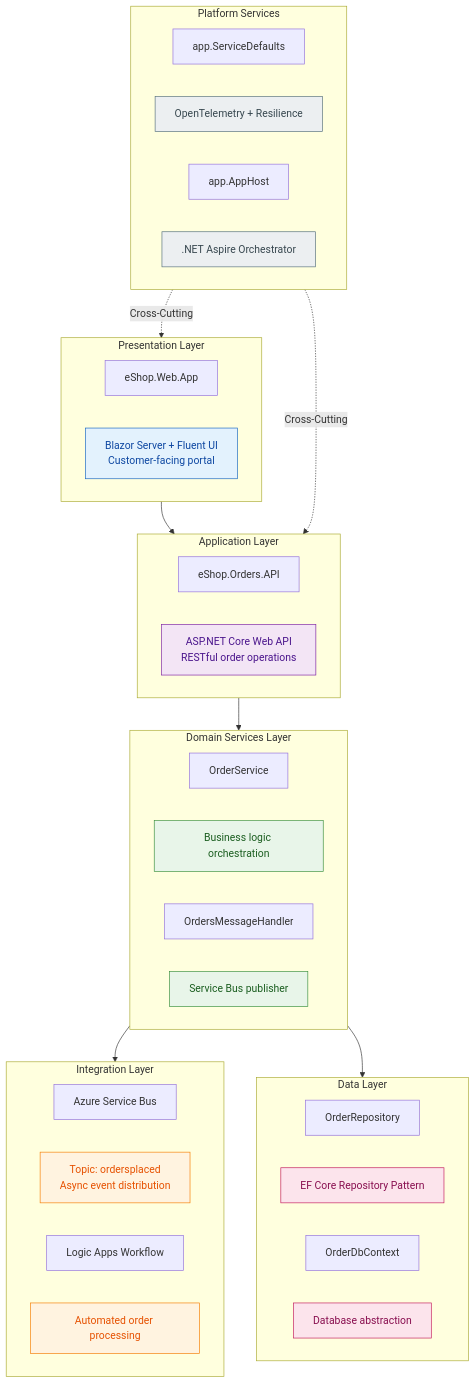
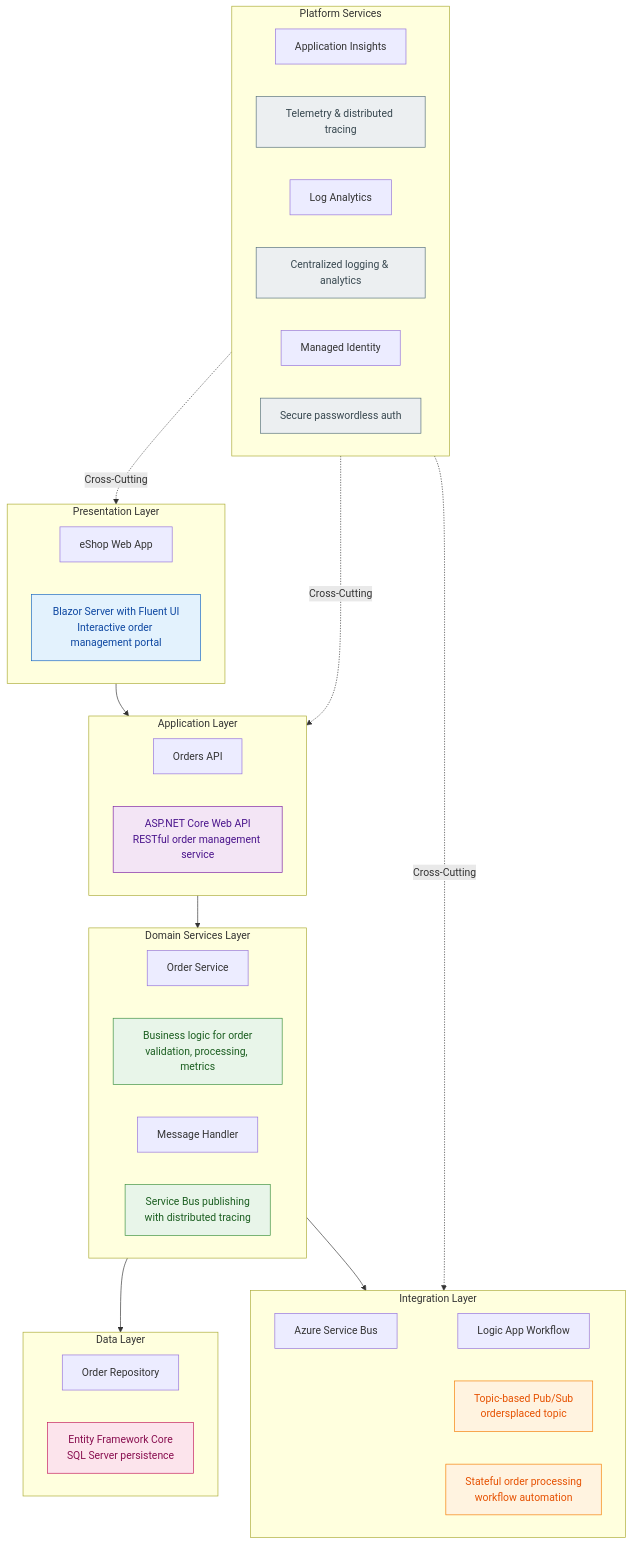
Before and after one commit to Evilazaro/Azure-LogicApps-Monitoring: the third of 11 diagrams in docs/SolutionArchitecture.md, drawn with Mermaid. The commit also changed other lines of this file, not shown here.

````diff
--- a/docs/SolutionArchitecture.md
+++ b/docs/SolutionArchitecture.md
@@ -125,66 +118,68 @@
 ```mermaid
 flowchart TB
     subgraph Presentation["Presentation Layer"]
         direction LR
-        P1["eShop.Web.App"]
-        P1_Desc["Blazor Server + Fluent UI<br/>Customer-facing portal"]
+        WebApp["eShop Web App"]
+        WebApp_Desc["Blazor Server with Fluent UI<br/>Interactive order management portal"]
     end
     
     subgraph Application["Application Layer"]
         direction LR
-        A1["eShop.Orders.API"]
-        A1_Desc["ASP.NET Core Web API<br/>RESTful order operations"]
+        OrdersAPI["Orders API"]
+        OrdersAPI_Desc["ASP.NET Core Web API<br/>RESTful order management service"]
     end
     
     subgraph Domain["Domain Services Layer"]
         direction LR
-        D1["OrderService"]
-        D1_Desc["Business logic orchestration"]
-        D2["OrdersMessageHandler"]
-        D2_Desc["Service Bus publisher"]
+        OrderSvc["Order Service"]
+        OrderSvc_Desc["Business logic for order<br/>validation, processing, metrics"]
+        MsgHandler["Message Handler"]
+        MsgHandler_Desc["Service Bus publishing<br/>with distributed tracing"]
     end
     
     subgraph Integration["Integration Layer"]
         direction LR
-        I1["Azure Service Bus"]
-        I1_Desc["Topic: ordersplaced<br/>Async event distribution"]
-        I2["Logic Apps Workflow"]
-        I2_Desc["Automated order processing"]
+        ServiceBus["Azure Service Bus"]
+        ServiceBus_Desc["Topic-based Pub/Sub<br/>ordersplaced topic"]
+        LogicApp["Logic App Workflow"]
+        LogicApp_Desc["Stateful order processing<br/>workflow automation"]
     end
     
     subgraph Data["Data Layer"]
         direction LR
-        DA1["OrderRepository"]
-        DA1_Desc["EF Core Repository Pattern"]
-        DA2["OrderDbContext"]
-        DA2_Desc["Database abstraction"]
+        OrderRepo["Order Repository"]
+        OrderRepo_Desc["Entity Framework Core<br/>SQL Server persistence"]
     end
     
     subgraph Platform["Platform Services"]
         direction LR
-        PS1["app.ServiceDefaults"]
-        PS1_Desc["OpenTelemetry + Resilience"]
-        PS2["app.AppHost"]
-        PS2_Desc[".NET Aspire Orchestrator"]
+        AppInsights["Application Insights"]
+        AppInsights_Desc["Telemetry & distributed tracing"]
+        LogAnalytics["Log Analytics"]
+        LogAnalytics_Desc["Centralized logging & analytics"]
+        Identity["Managed Identity"]
+        Identity_Desc["Secure passwordless auth"]
     end
     
-    %% Layer connections (high-level flow)
+    %% Layer connections
     Presentation --> Application
     Application --> Domain
     Domain --> Integration
     Domain --> Data
+    Integration --> LogicApp
     Platform -.->|"Cross-Cutting"| Presentation
     Platform -.->|"Cross-Cutting"| Application
+    Platform -.->|"Cross-Cutting"| Integration
     
-    %% Styling
-    style P1_Desc fill:#e3f2fd,stroke:#1565c0,color:#0d47a1
-    style A1_Desc fill:#f3e5f5,stroke:#7b1fa2,color:#4a148c
-    style D1_Desc fill:#e8f5e9,stroke:#388e3c,color:#1b5e20
-    style D2_Desc fill:#e8f5e9,stroke:#388e3c,color:#1b5e20
-    style I1_Desc fill:#fff3e0,stroke:#f57c00,color:#e65100
-    style I2_Desc fill:#fff3e0,stroke:#f57c00,color:#e65100
-    style DA1_Desc fill:#fce4ec,stroke:#c2185b,color:#880e4f
-    style DA2_Desc fill:#fce4ec,stroke:#c2185b,color:#880e4f
-    style PS1_Desc fill:#eceff1,stroke:#546e7a,color:#37474f
-    style PS2_Desc fill:#eceff1,stroke:#546e7a,color:#37474f
+    %% Styling per layer
+    style WebApp_Desc fill:#e3f2fd,stroke:#1565c0,color:#0d47a1
+    style OrdersAPI_Desc fill:#f3e5f5,stroke:#7b1fa2,color:#4a148c
+    style OrderSvc_Desc fill:#e8f5e9,stroke:#388e3c,color:#1b5e20
+    style MsgHandler_Desc fill:#e8f5e9,stroke:#388e3c,color:#1b5e20
+    style ServiceBus_Desc fill:#fff3e0,stroke:#f57c00,color:#e65100
+    style LogicApp_Desc fill:#fff3e0,stroke:#f57c00,color:#e65100
+    style OrderRepo_Desc fill:#fce4ec,stroke:#c2185b,color:#880e4f
+    style AppInsights_Desc fill:#eceff1,stroke:#546e7a,color:#37474f
+    style LogAnalytics_Desc fill:#eceff1,stroke:#546e7a,color:#37474f
+    style Identity_Desc fill:#eceff1,stroke:#546e7a,color:#37474f
 ```
````
